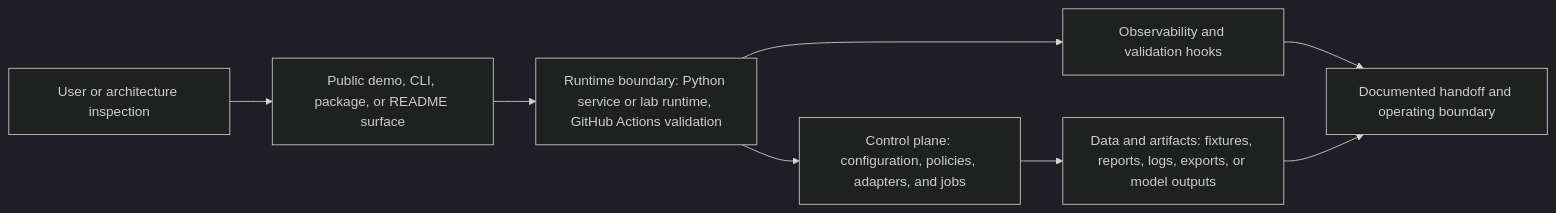
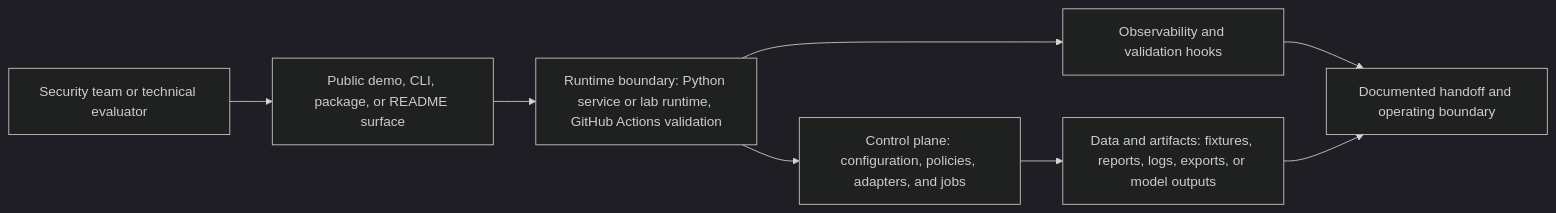
One commit to KIM3310/ai-security-redteam-lab changed the diagram in docs/system-architecture.md. Above: the diagram before and after it, drawn with Mermaid (dark theme). The commit also changed other lines of this file and 17 other files, not shown here.

Commit message:
chore: refine red-team architecture and validation

````diff
--- a/docs/system-architecture.md
+++ b/docs/system-architecture.md
@@ -18,10 +18,10 @@
 ```mermaid
 flowchart LR
-    User["User or architecture inspection"] --> Surface["Public demo, CLI, package, or README surface"]
+    User["Security team or technical evaluator"] --> Surface["Public demo, CLI, package, or README surface"]
     Surface --> Runtime["Runtime boundary: Python service or lab runtime, GitHub Actions validation"]
     Runtime --> Control["Control plane: configuration, policies, adapters, and jobs"]
     Control --> Data["Data and artifacts: fixtures, reports, logs, exports, or model outputs"]
     Runtime --> Observability["Observability and validation hooks"]
     Observability --> Handoff["Documented handoff and operating boundary"]
     Data --> Handoff
 ```
````
